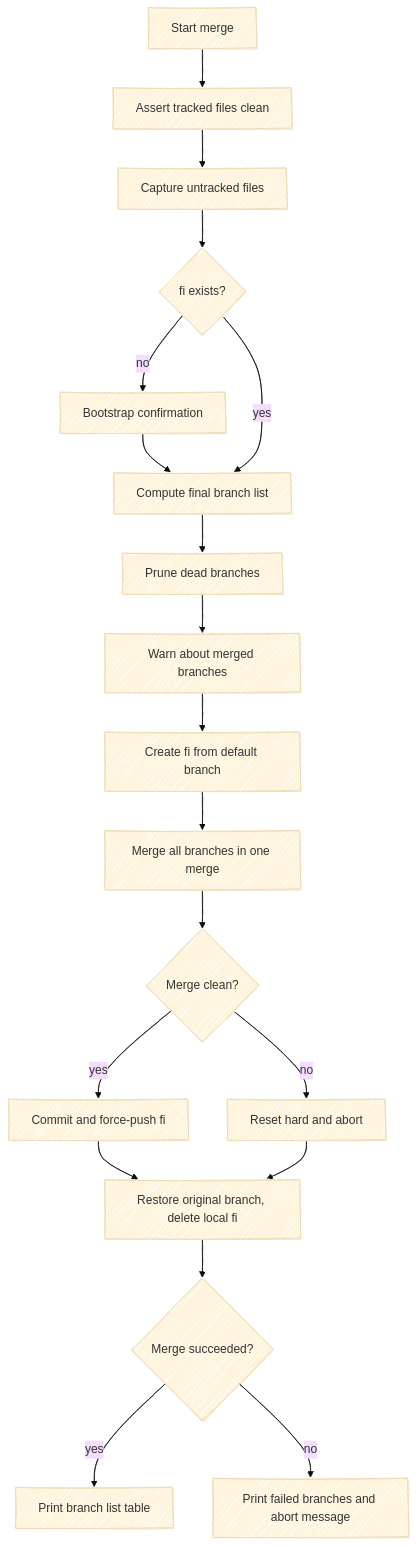
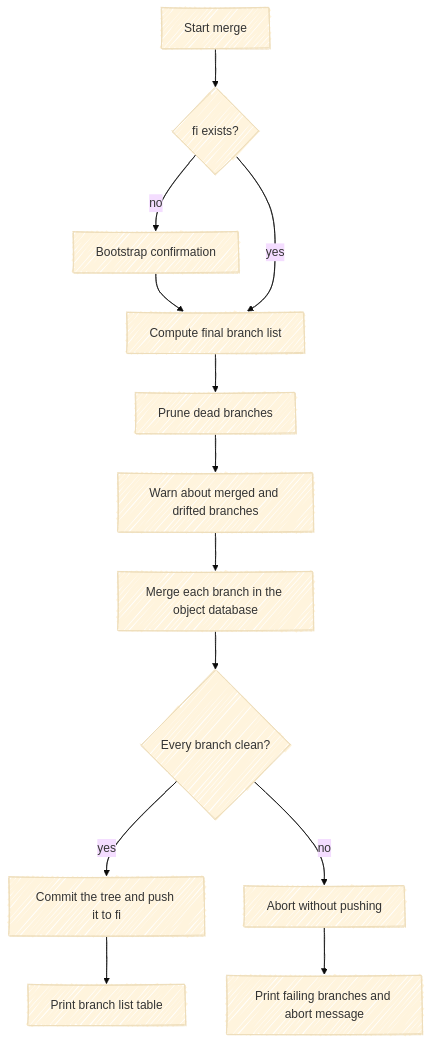
Before and after one commit to gettyimages/git-fi: the diagram in docs/merge-process.md, drawn with Mermaid (base theme). The commit also changed other lines of this file and 12 other files, not shown here.

````diff
--- a/docs/merge-process.md
+++ b/docs/merge-process.md
@@ -7,22 +7,16 @@
 ```mermaid
 %%{ init: { 'look': 'handDrawn' } }%%
 flowchart TD
-  A[Start merge] --> B[Assert tracked files clean]
-  B --> C[Capture untracked files]
-  C --> D{fi exists?}
-  D -- no --> E[Bootstrap confirmation]
-  E --> F[Compute final branch list]
-  D -- yes --> F
-  F --> G[Prune dead branches]
-  G --> H[Warn about merged branches]
-  H --> I[Create fi from default branch]
-  I --> J[Merge all branches in one merge]
-  J --> K{Merge clean?}
-  K -- yes --> L[Commit and force-push fi]
-  K -- no --> M[Reset hard and abort]
-  L --> N[Restore original branch, delete local fi]
-  M --> N
-  N --> O{Merge succeeded?}
-  O -- yes --> P[Print branch list table]
-  O -- no --> Q[Print failed branches and abort message]
+  A[Start merge] --> B{fi exists?}
+  B -- no --> C[Bootstrap confirmation]
+  C --> D[Compute final branch list]
+  B -- yes --> D
+  D --> E[Prune dead branches]
+  E --> F[Warn about merged and drifted branches]
+  F --> G[Merge each branch in the object database]
+  G --> H{Every branch clean?}
+  H -- yes --> I[Commit the tree and push it to fi]
+  H -- no --> J[Abort without pushing]
+  I --> K[Print branch list table]
+  J --> L[Print failing branches and abort message]
 ```
````
